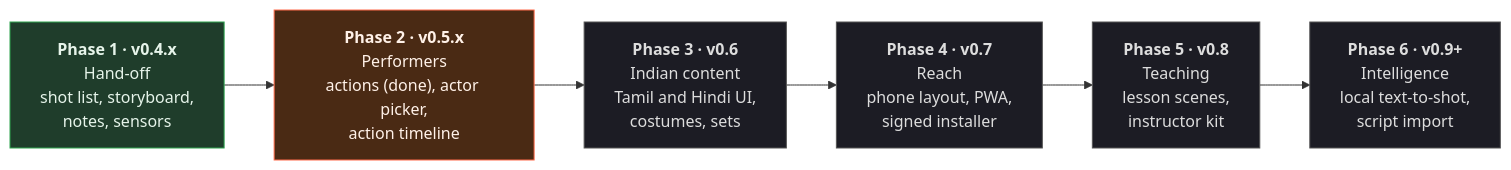
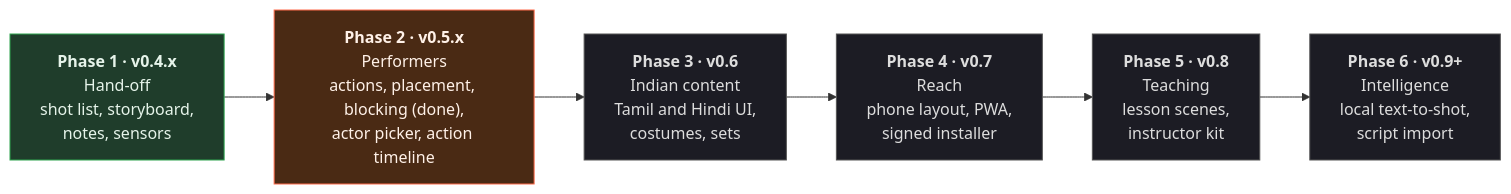
The second of 3 diagrams in README.md (yeshwanthguru/KALKI-simulator), drawn with Mermaid before and after one commit. The commit also changed other lines of this file and 15 other files, not shown here.

Commit message:
v0.5.1: click-to-place actors, facing control, top-down blocking diagram PDF

````diff
--- a/README.md
+++ b/README.md
@@ -126,13 +129,13 @@
 ```mermaid
 flowchart LR
     P1["<b>Phase 1 · v0.4.x</b><br/>Hand-off<br/>shot list, storyboard,<br/>notes, sensors"]:::done
-    P2["<b>Phase 2 · v0.5.x</b><br/>Performers<br/>actions (done), actor picker,<br/>action timeline"]:::next
+    P2["<b>Phase 2 · v0.5.x</b><br/>Performers<br/>actions, placement, blocking (done),<br/>actor picker, action timeline"]:::next
     P3["<b>Phase 3 · v0.6</b><br/>Indian content<br/>Tamil and Hindi UI,<br/>costumes, sets"]:::todo
     P4["<b>Phase 4 · v0.7</b><br/>Reach<br/>phone layout, PWA,<br/>signed installer"]:::todo
     P5["<b>Phase 5 · v0.8</b><br/>Teaching<br/>lesson scenes,<br/>instructor kit"]:::todo
     P6["<b>Phase 6 · v0.9+</b><br/>Intelligence<br/>local text-to-shot,<br/>script import"]:::todo
     P1 --> P2 --> P3 --> P4 --> P5 --> P6
     classDef done fill:#1f3d2b,stroke:#2ea44f,color:#e6f4ea;
     classDef next fill:#4a2a14,stroke:#ff6b4a,color:#fff1e8;
     classDef todo fill:#1c1c24,stroke:#555,color:#ddd;
 ```
````
